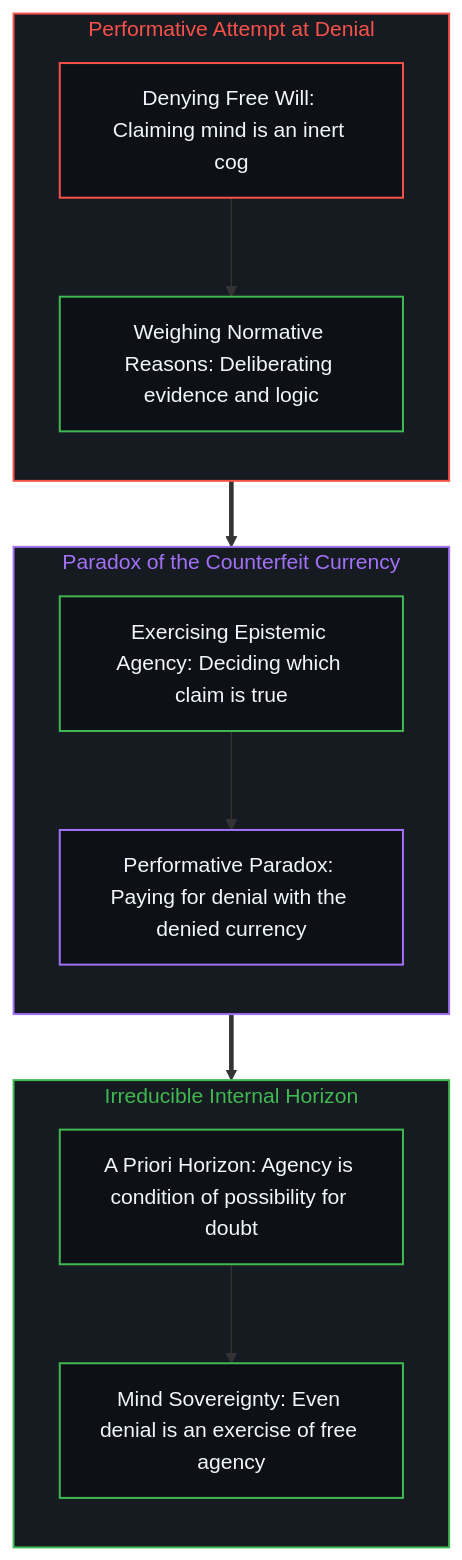
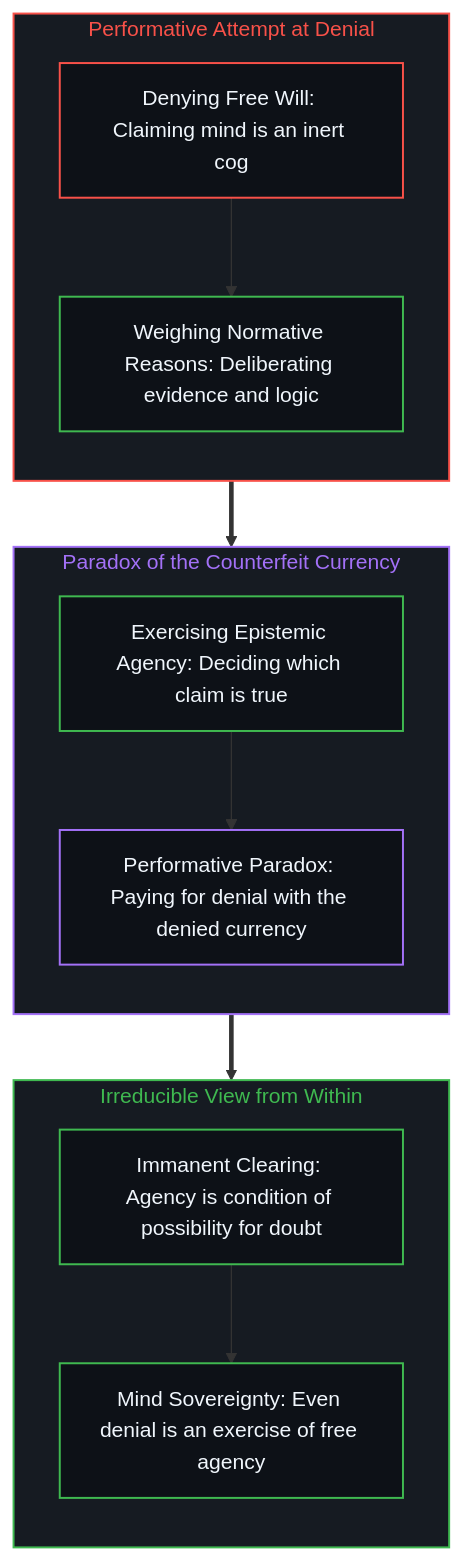
The fourth of 4 diagrams in content/posts/the-blind-spot-of-the-frame.md (powerpig99/not-a-toe), drawn with Mermaid before and after one commit. The commit also changed other lines of this file and 4 other files, not shown here.

Commit message:
Refine Post #380: clarify agency as irreducible prior condition rather than static horizon

````diff
--- a/content/posts/the-blind-spot-of-the-frame.md
+++ b/content/posts/the-blind-spot-of-the-frame.md
@@ -167,37 +167,37 @@
 ```mermaid
 flowchart TD
     classDef default fill:#0d1117,stroke:#30363d,stroke-width:1px,color:#f0f6fc;
     classDef mind fill:#0d1117,stroke:#3fb950,stroke-width:1.5px,color:#f0f6fc;
     classDef warn fill:#0d1117,stroke:#d29922,stroke-width:1.5px,color:#f0f6fc;
     classDef fail fill:#0d1117,stroke:#f85149,stroke-width:1.5px,color:#f0f6fc;
     classDef model fill:#0d1117,stroke:#58a6ff,stroke-width:1.5px,color:#f0f6fc;
     classDef loop fill:#0d1117,stroke:#a371f7,stroke-width:1.5px,color:#f0f6fc;
 
     subgraph S_Denial ["Performative Attempt at Denial"]
         direction TB
         DenyClaim["Denying Free Will: Claiming mind is an inert cog"]:::fail
         NormativeWeighing["Weighing Normative Reasons: Deliberating evidence and logic"]:::mind
         DenyClaim --> NormativeWeighing
     end
 
     subgraph S_Currency ["Paradox of the Counterfeit Currency"]
         direction TB
         EpistemicAgency["Exercising Epistemic Agency: Deciding which claim is true"]:::mind
         CounterfeitLoop["Performative Paradox: Paying for denial with the denied currency"]:::loop
         EpistemicAgency --> CounterfeitLoop
     end
 
-    subgraph S_Irreducible ["Irreducible Internal Horizon"]
+    subgraph S_Irreducible ["Irreducible View from Within"]
         direction TB
-        InternalHorizon["A Priori Horizon: Agency is condition of possibility for doubt"]:::mind
+        ImmanentGround["Immanent Clearing: Agency is condition of possibility for doubt"]:::mind
         Sovereignty["Mind Sovereignty: Even denial is an exercise of free agency"]:::mind
-        InternalHorizon --> Sovereignty
+        ImmanentGround --> Sovereignty
     end
 
     S_Denial ==> S_Currency
     S_Currency ==> S_Irreducible
 
     style S_Denial fill:#161b22,stroke:#f85149,stroke-width:1.5px,color:#f85149
     style S_Currency fill:#161b22,stroke:#a371f7,stroke-width:1.5px,color:#a371f7
     style S_Irreducible fill:#161b22,stroke:#3fb950,stroke-width:1.5px,color:#3fb950
 ```
````
